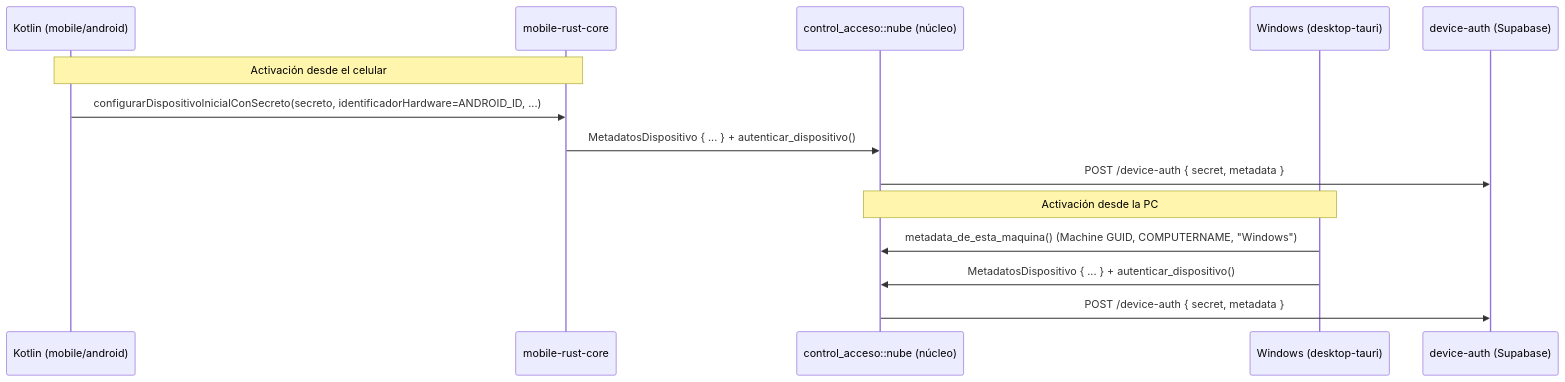
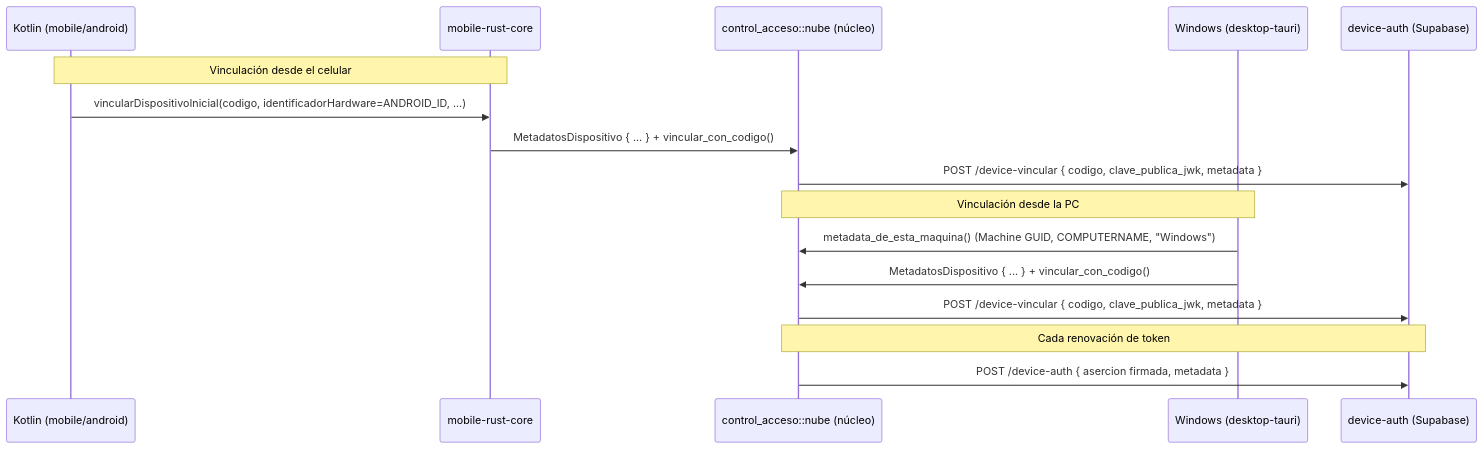
The third of 3 diagrams in docs/diagramas/diagrama-nucleo-consumidores.md (DQM27/acceso_CLI), drawn with Mermaid before and after one commit. The commit also changed other lines of this file and 8 other files, not shown here.

````diff
--- a/docs/diagramas/diagrama-nucleo-consumidores.md
+++ b/docs/diagramas/diagrama-nucleo-consumidores.md
@@ -99,18 +99,21 @@
 ```mermaid
 sequenceDiagram
     participant K as Kotlin (mobile/android)
     participant M as mobile-rust-core
     participant N as control_acceso::nube (núcleo)
     participant W as Windows (desktop-tauri)
     participant D as device-auth (Supabase)
 
-    Note over K,M: Activación desde el celular
-    K->>M: configurarDispositivoInicialConSecreto(secreto, identificadorHardware=ANDROID_ID, ...)
-    M->>N: MetadatosDispositivo { ... } + autenticar_dispositivo()
-    N->>D: POST /device-auth { secret, metadata }
+    Note over K,M: Vinculación desde el celular
+    K->>M: vincularDispositivoInicial(codigo, identificadorHardware=ANDROID_ID, ...)
+    M->>N: MetadatosDispositivo { ... } + vincular_con_codigo()
+    N->>D: POST /device-vincular { codigo, clave_publica_jwk, metadata }
 
-    Note over W,N: Activación desde la PC
+    Note over W,N: Vinculación desde la PC
     W->>N: metadata_de_esta_maquina() (Machine GUID, COMPUTERNAME, "Windows")
-    W->>N: MetadatosDispositivo { ... } + autenticar_dispositivo()
-    N->>D: POST /device-auth { secret, metadata }
+    W->>N: MetadatosDispositivo { ... } + vincular_con_codigo()
+    N->>D: POST /device-vincular { codigo, clave_publica_jwk, metadata }
+
+    Note over N,D: Cada renovación de token
+    N->>D: POST /device-auth { asercion firmada, metadata }
 ```
````
